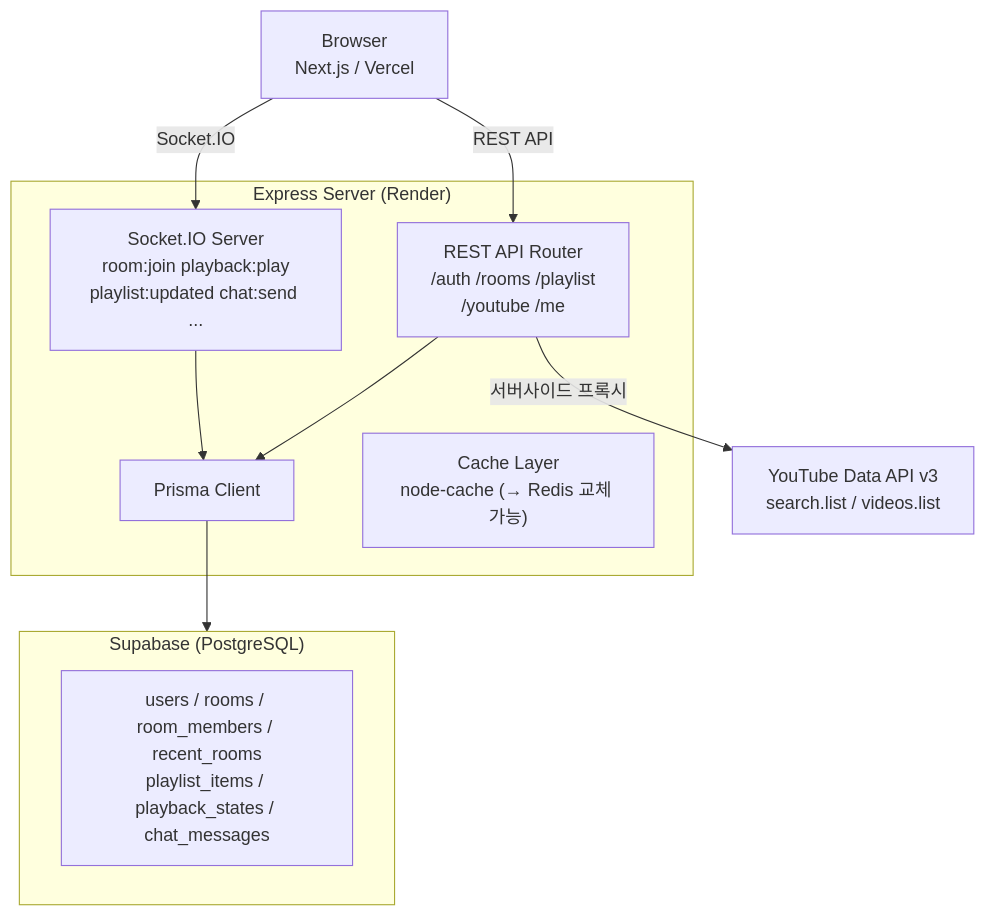
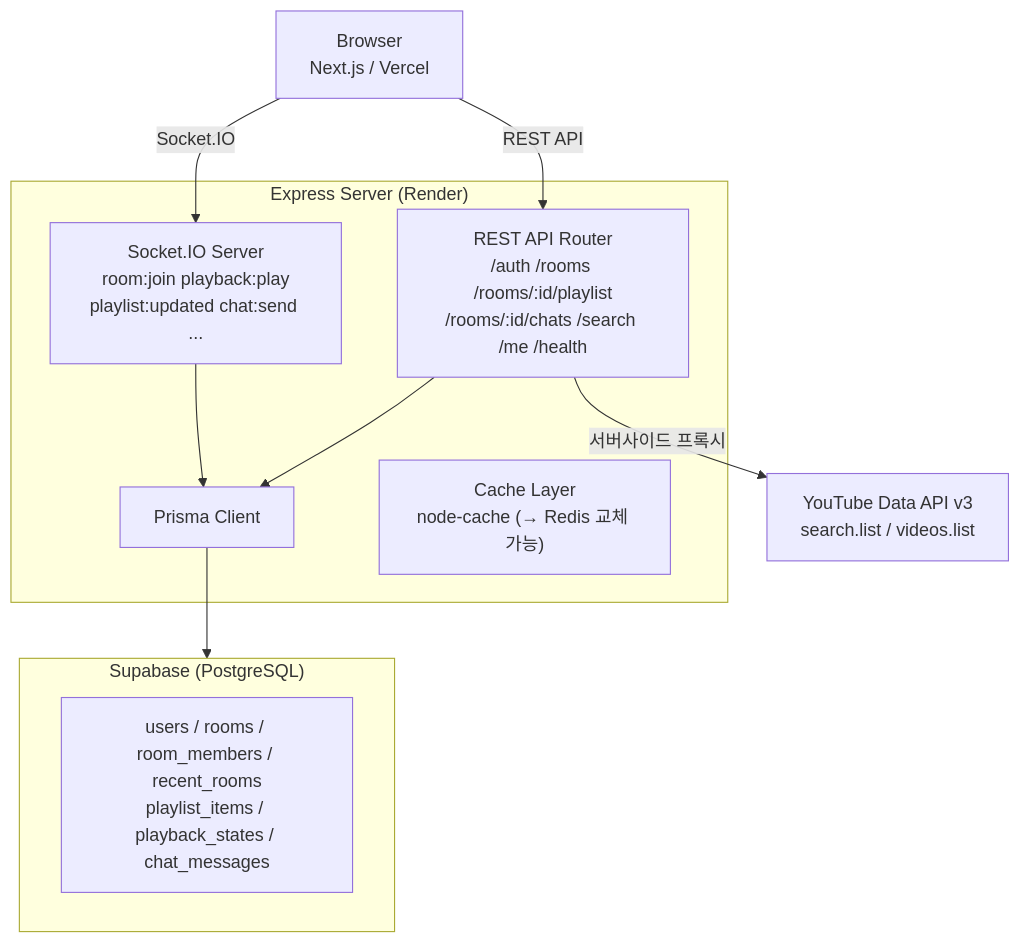
The first of 9 diagrams in docs/02-system-architecture.md (TechUP-SYFITY/SYFITY), drawn with Mermaid before and after one commit. The commit also changed other lines of this file and 1 other file, not shown here.

````diff
--- a/docs/02-system-architecture.md
+++ b/docs/02-system-architecture.md
@@ -80,24 +80,24 @@
 ```mermaid
 graph TD
     Client["Browser<br>Next.js / Vercel"]
 
     subgraph Express["Express Server (Render)"]
-        API["REST API Router<br>/auth /rooms /playlist<br>/youtube /me"]
+        API["REST API Router<br>/auth /rooms /rooms/:id/playlist<br>/rooms/:id/chats /search /me /health"]
         Socket["Socket.IO Server<br>room:join playback:play<br>playlist:updated chat:send ..."]
         Prisma["Prisma Client"]
         Cache["Cache Layer<br>node-cache (→ Redis 교체 가능)"]
     end
 
     subgraph DB["Supabase (PostgreSQL)"]
         Tables["users / rooms / room_members / recent_rooms<br>playlist_items / playback_states / chat_messages"]
     end
 
     YouTube["YouTube Data API v3<br>search.list / videos.list"]
 
     Client -->|REST API| API
     Client -->|Socket.IO| Socket
     API --> Prisma
     Socket --> Prisma
     Prisma --> DB
     API -->|서버사이드 프록시| YouTube
 ```
````
